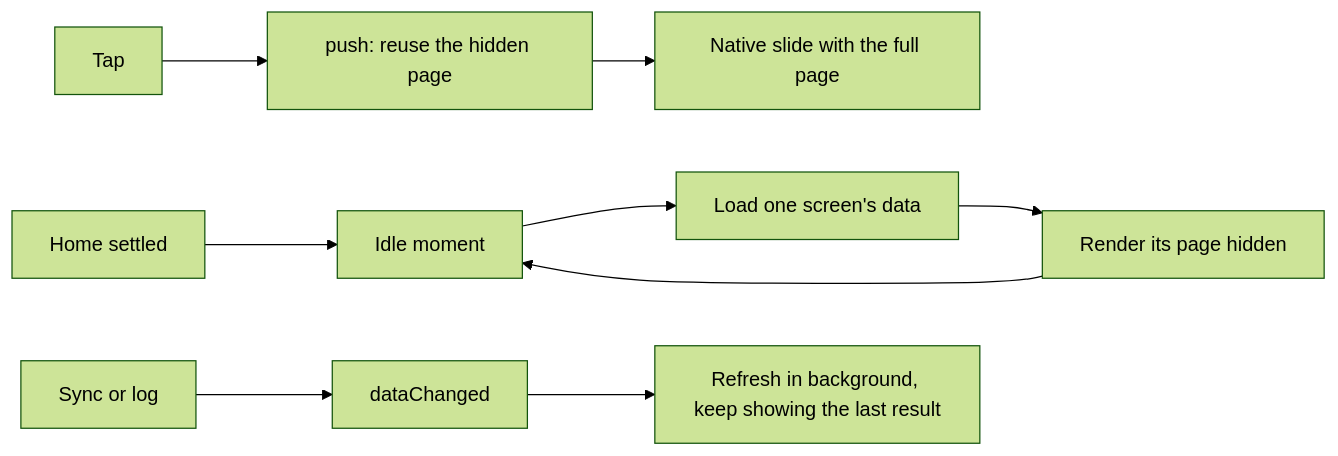
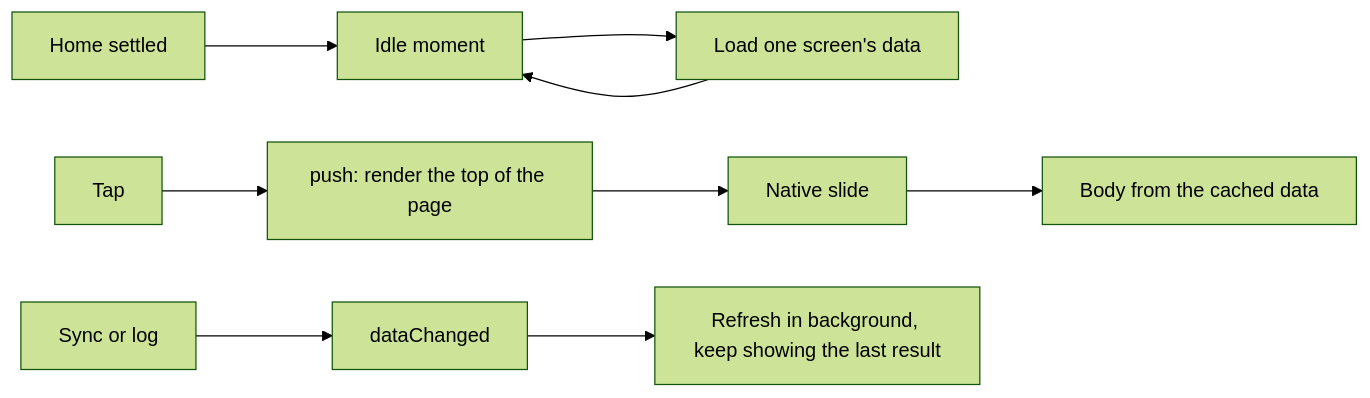
Before and after one commit to Gwadaboy75/pulse-mobile: the second of 14 diagrams in docs/learning.md, drawn with Mermaid (forest theme). The commit also changed other lines of this file and 2 other files, not shown here.

First line of the commit message:
perf(home): preload the dials' data, not their pages

````diff
--- a/docs/learning.md
+++ b/docs/learning.md
@@ -369,11 +373,11 @@
 ```mermaid
 flowchart LR
   Settled[Home settled] --> Idle[Idle moment]
   Idle --> Data[Load one screen's data]
-  Data --> Page[Render its page hidden]
-  Page --> Idle
-  Tap --> Push[push: reuse the hidden page]
-  Push --> Slide[Native slide with the full page]
+  Data --> Idle
+  Tap --> Push[push: render the top of the page]
+  Push --> Slide[Native slide]
+  Slide --> Body[Body from the cached data]
   Sync[Sync or log] --> Changed[dataChanged]
   Changed --> Refresh[Refresh in background, keep showing the last result]
 ```
````
